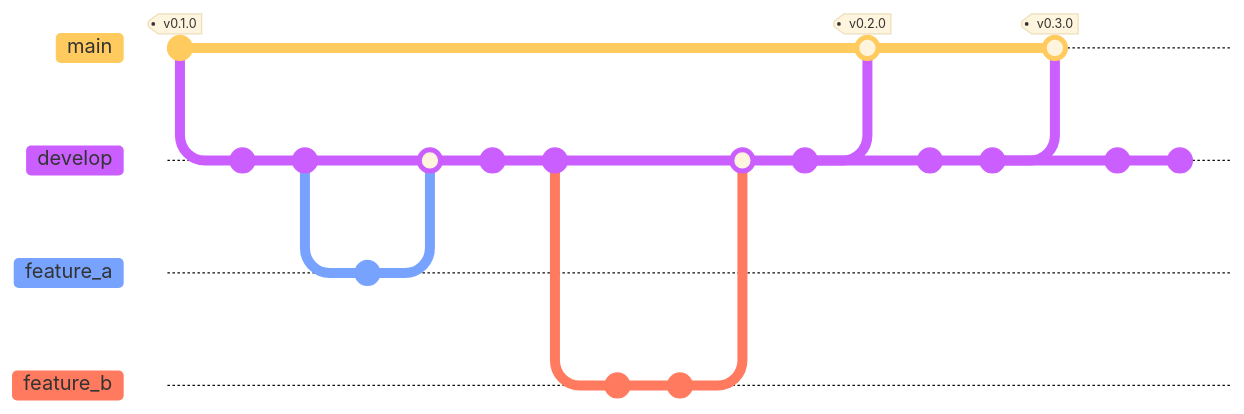
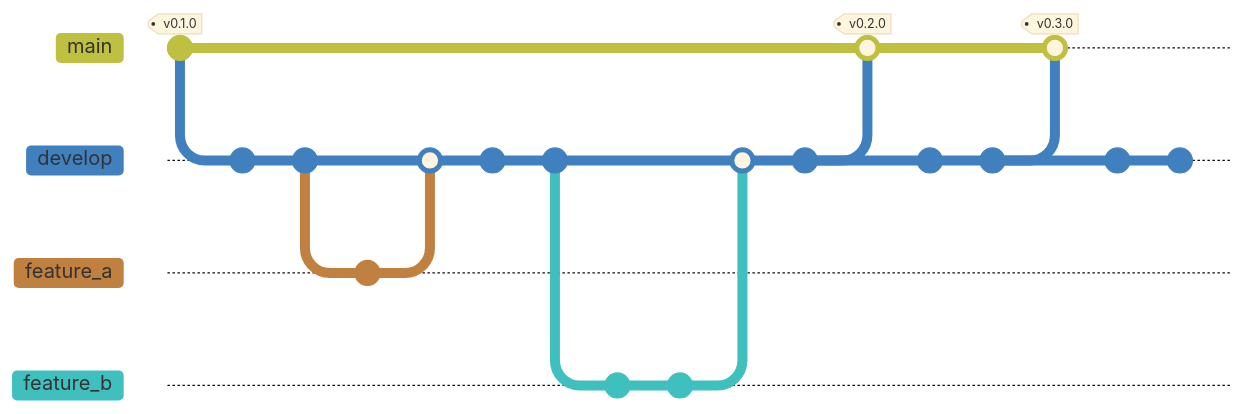
One commit to TU-Delft-DCC/TU-Delft-DCC.github.io changed the second of 4 diagrams in docs/software/development_workflow/branch_management.qmd. Above: the diagram before and after it, drawn with Mermaid. The commit also changed other lines of this file, not shown here. Commit ids are hidden.

Commit message:
Update mermaid branch diagrams

````diff
--- a/docs/software/development_workflow/branch_management.qmd
+++ b/docs/software/development_workflow/branch_management.qmd
@@ -140,39 +144,44 @@
 ```{mermaid}
-%%{init: {'theme': 'base', 'gitGraph': {'showCommitLabel': false}}}%%
+%%{init: {'theme': 'base', 'themeVariables': {
+              'git0': '#bfbf40',
+              'git1': '#4080bf',
+              'git2': '#bf8040',
+              'git3': '#40bfbf'
+              }, 'gitGraph': {'showCommitLabel': false}}}%%
 gitGraph
     
    commit tag:"v0.1.0"
    branch develop
    commit
 
    checkout develop
    commit
    branch feature_a
    checkout feature_a
    commit
    checkout develop
    merge feature_a
    commit
    commit
    branch feature_b
    checkout feature_b
    commit
    commit
    checkout develop
    merge feature_b
    commit
 
    checkout main
    merge develop tag:"v0.2.0"
 
    checkout develop
    commit
    commit
    checkout main
    merge develop tag:"v0.3.0"
 
    checkout develop
    commit
    commit
 
 ```
````
